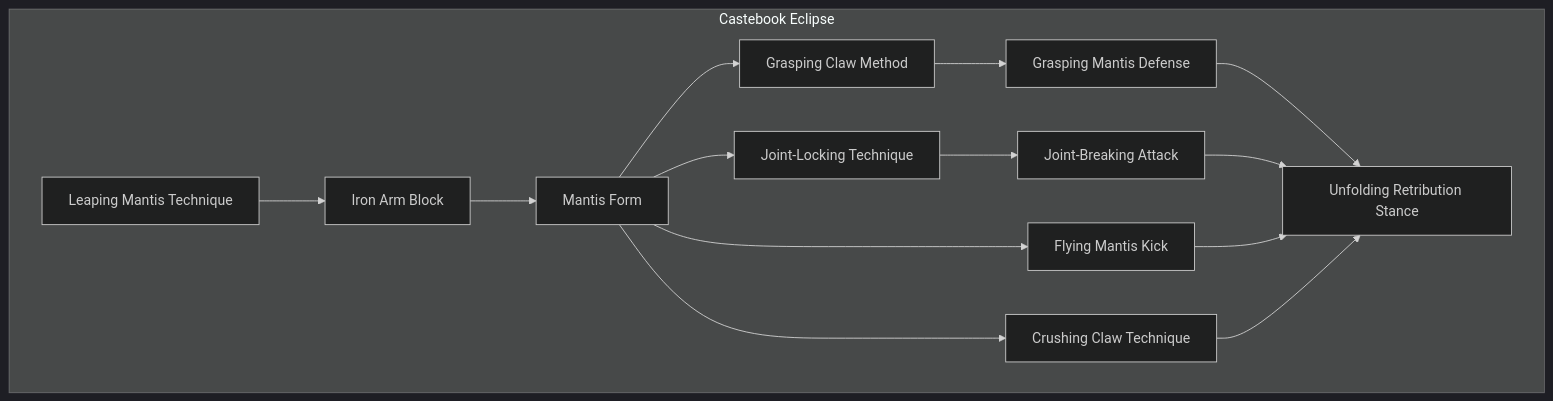
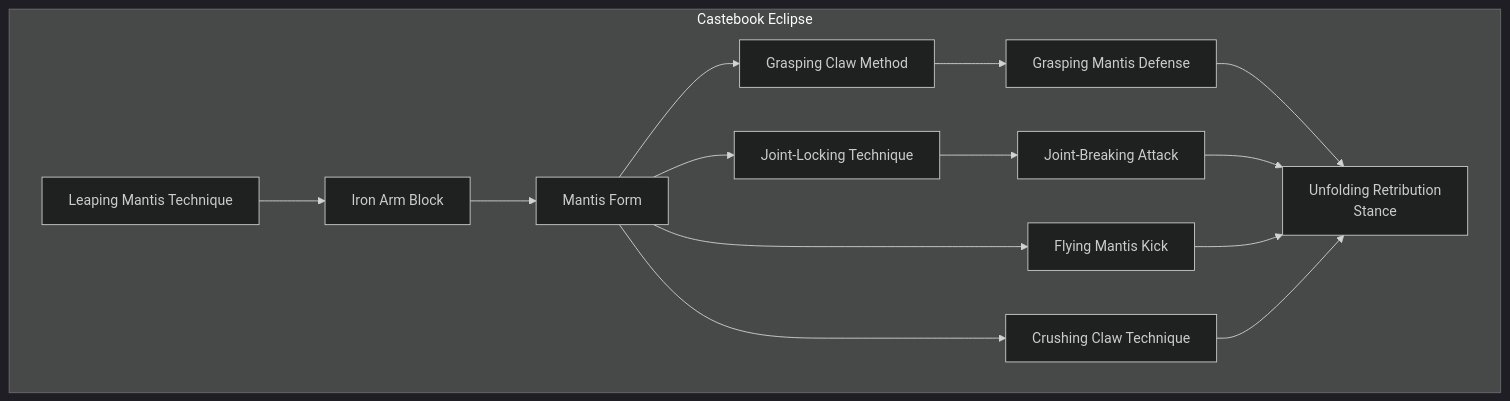
The diagram in docs/mermaid/solar/dawn_martial_arts_4.mmd (jrobichaud/exalted-charms-1e), drawn with Mermaid before and after one commit. The commit also changed 7 other files, not shown here.

```diff
--- a/docs/mermaid/solar/dawn_martial_arts_4.mmd
+++ b/docs/mermaid/solar/dawn_martial_arts_4.mmd
@@ -180,7 +180,7 @@
             rather than the usual Strength + 2 bashing damage.
             "
 
-        unfolding_retribution_stance["Unfolding Retribution Stance"]
+        unfolding_retribution_stance["Unfolding Retribution<br>Stance"]
         click unfolding_retribution_stance callback "
             Unfolding Retribution Stance<br>
             <br>
```
